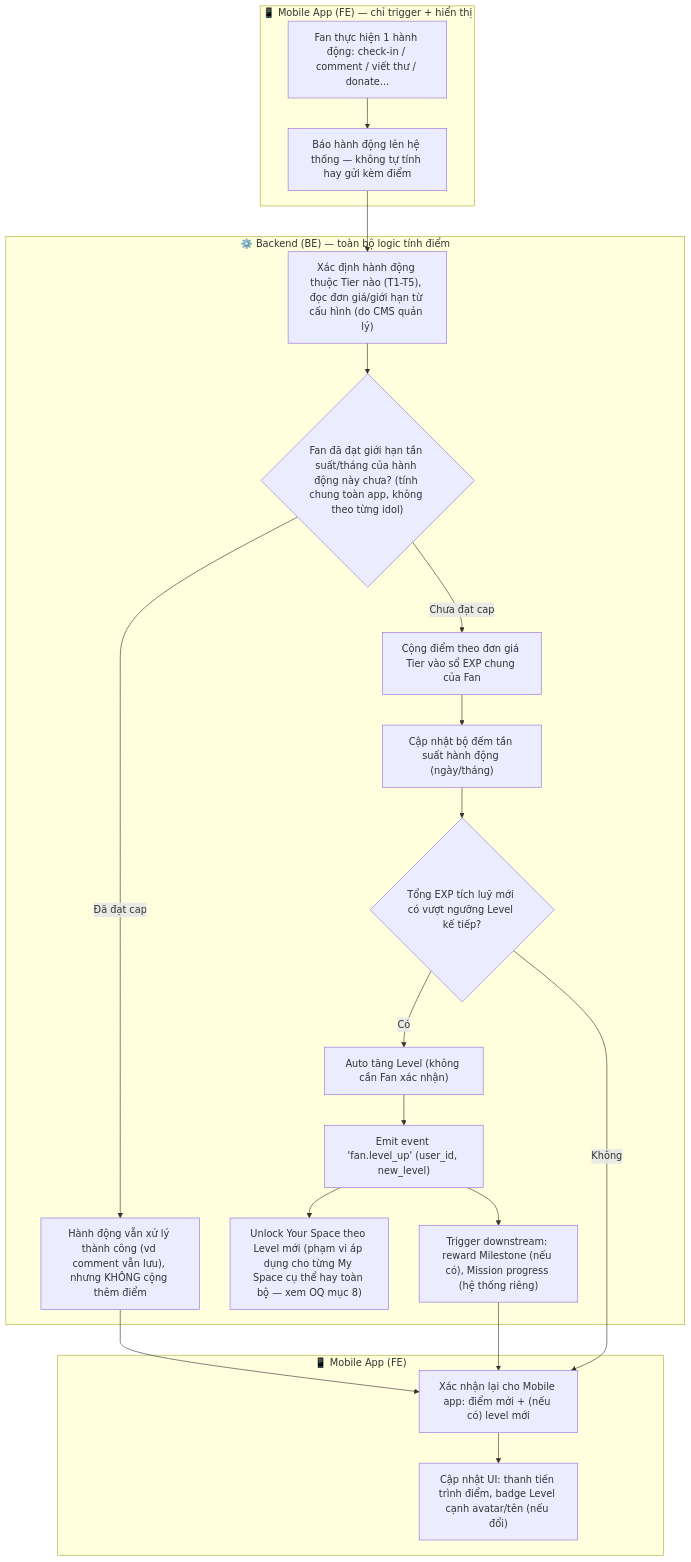
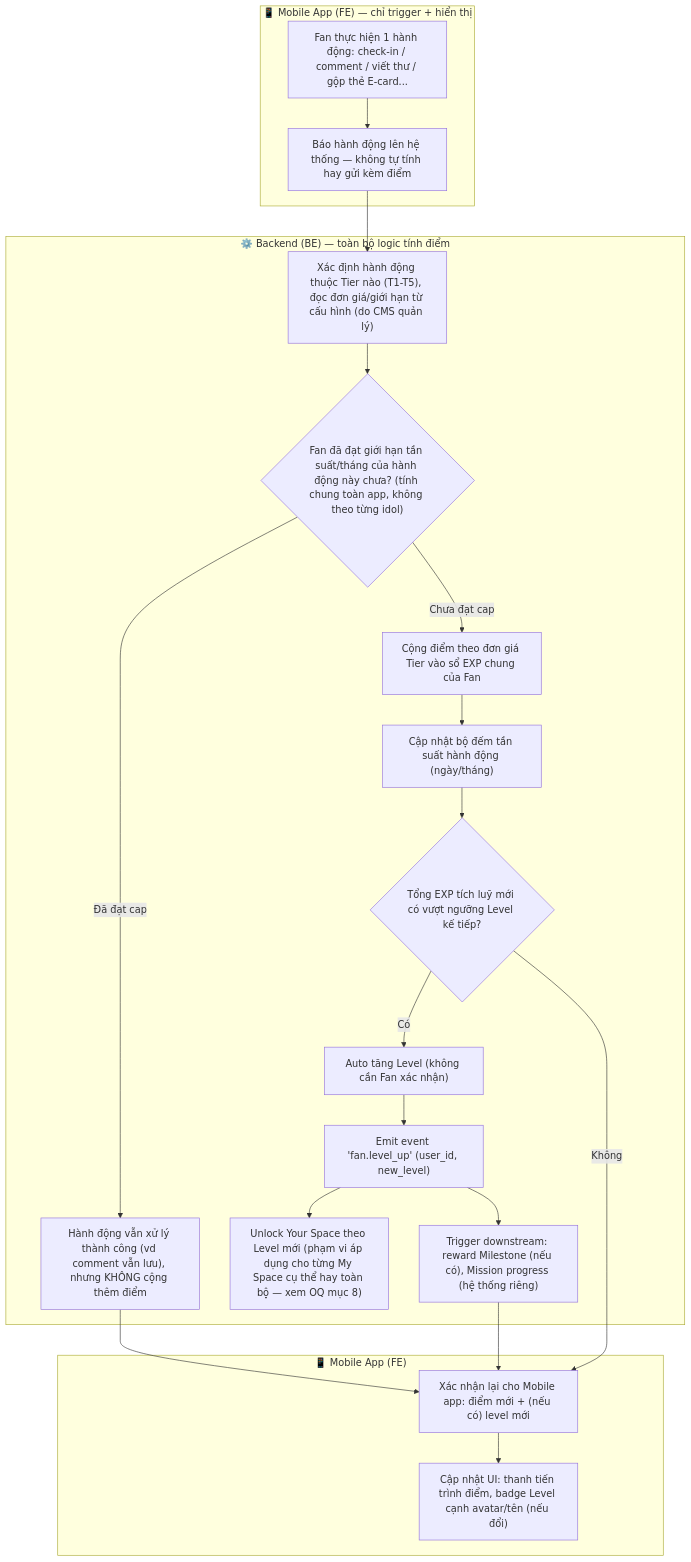
Before and after one commit to chrishieu/fana-analysis: the first of 2 diagrams in FSD_mvp2_Ranking_Point_System.md, drawn with Mermaid. The commit also changed other lines of this file, not shown here.

Commit message:
Update FSD for MVP2 Ranking and Point System: Clarify EXP accumulation rules, introduce E-card merging for additional EXP, and refine action tiers and limits for better user engagement.

````diff
--- a/FSD_mvp2_Ranking_Point_System.md
+++ b/FSD_mvp2_Ranking_Point_System.md
@@ -66,27 +71,27 @@
 ```mermaid
 flowchart TD
     subgraph MOBILE["📱 Mobile App (FE) — chỉ trigger + hiển thị"]
-        A[Fan thực hiện 1 hành động: check-in / comment / viết thư / donate...] --> B["Báo hành động lên hệ thống — không tự tính hay gửi kèm điểm"]
+        A[Fan thực hiện 1 hành động: check-in / comment / viết thư / gộp thẻ E-card...] --> B["Báo hành động lên hệ thống — không tự tính hay gửi kèm điểm"]
     end
 
     subgraph BE["⚙️ Backend (BE) — toàn bộ logic tính điểm"]
         B --> C["Xác định hành động thuộc Tier nào (T1-T5), đọc đơn giá/giới hạn từ cấu hình (do CMS quản lý)"]
         C --> D{"Fan đã đạt giới hạn tần suất/tháng của hành động này chưa? (tính chung toàn app, không theo từng idol)"}
         D -- Đã đạt cap --> E["Hành động vẫn xử lý thành công (vd comment vẫn lưu), nhưng KHÔNG cộng thêm điểm"]
         D -- Chưa đạt cap --> F["Cộng điểm theo đơn giá Tier vào sổ EXP chung của Fan"]
         F --> G["Cập nhật bộ đếm tần suất hành động (ngày/tháng)"]
         G --> H{"Tổng EXP tích luỹ mới có vượt ngưỡng Level kế tiếp?"}
         H -- Có --> I["Auto tăng Level (không cần Fan xác nhận)"]
         I --> J["Emit event 'fan.level_up' (user_id, new_level)"]
         J --> K["Unlock Your Space theo Level mới (phạm vi áp dụng cho từng My Space cụ thể hay toàn bộ — xem OQ mục 8)"]
         J --> L["Trigger downstream: reward Milestone (nếu có), Mission progress (hệ thống riêng)"]
     end
 
     E --> M["Xác nhận lại cho Mobile app: điểm mới + (nếu có) level mới"]
     H -- Không --> M
     L --> M
 
     subgraph MOBILE2["📱 Mobile App (FE)"]
         M --> N["Cập nhật UI: thanh tiến trình điểm, badge Level cạnh avatar/tên (nếu đổi)"]
     end
 ```
````
